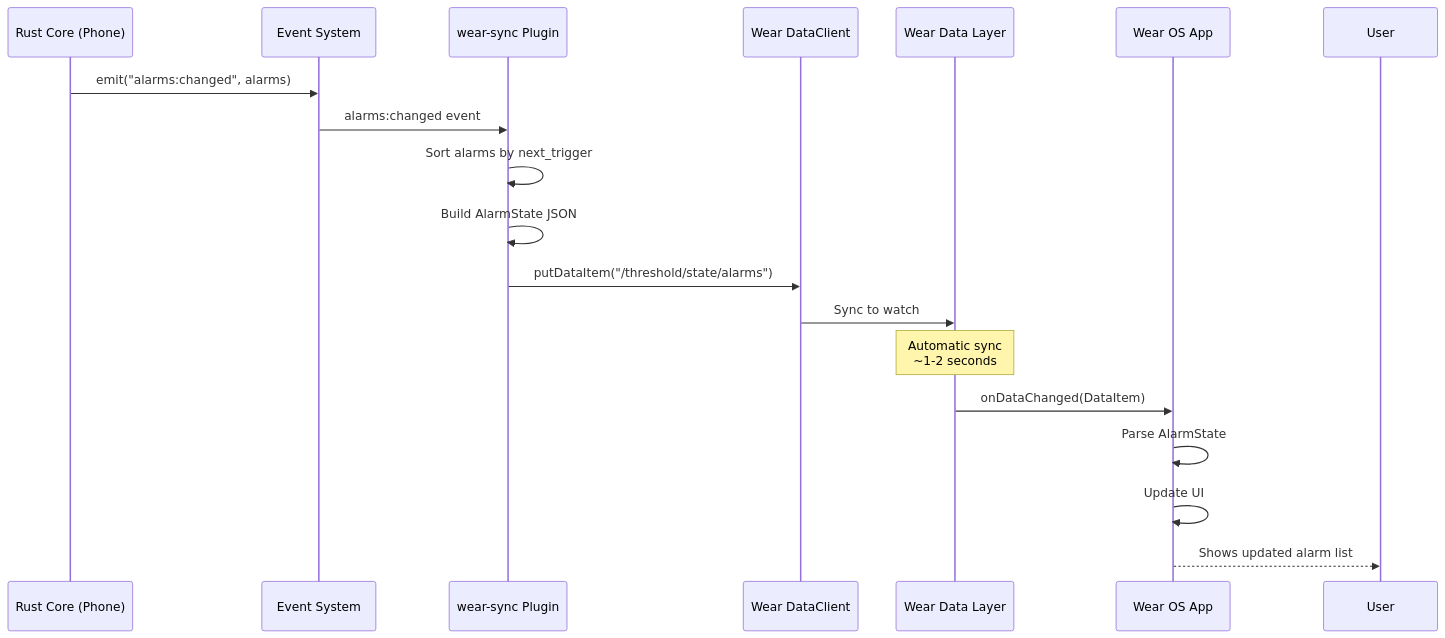
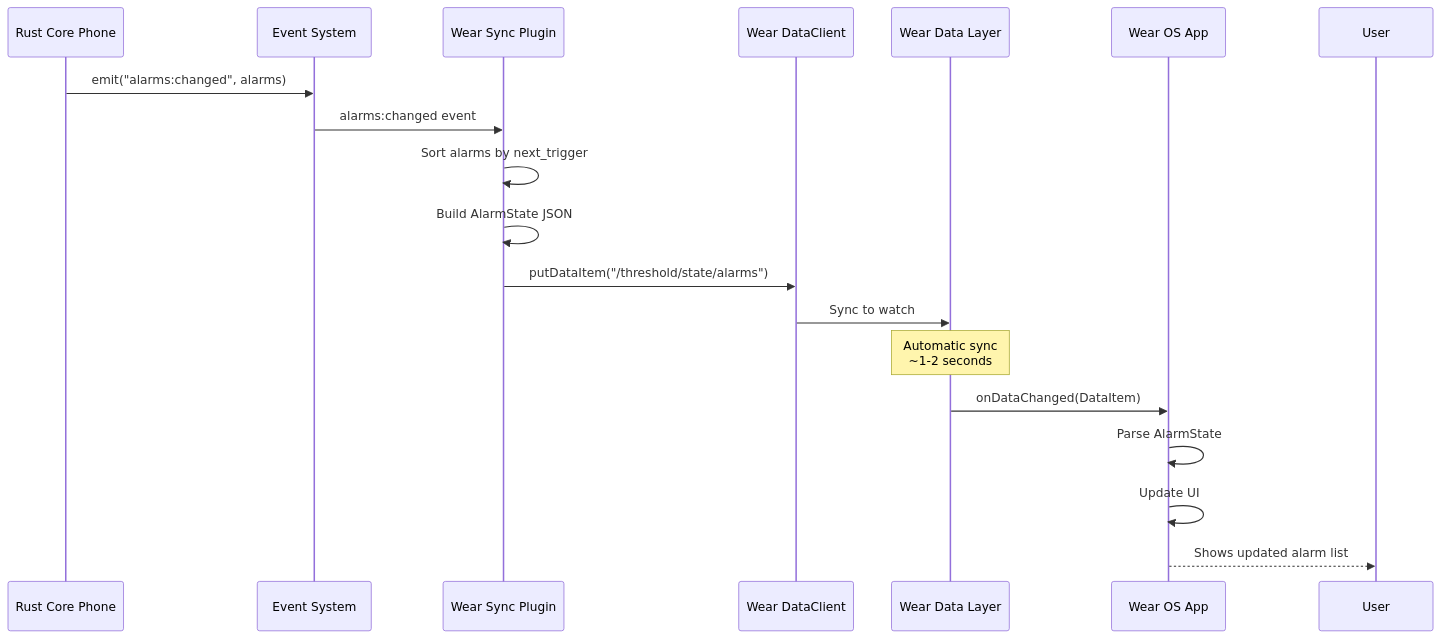
One commit to liminal-hq/threshold changed diagram 14 of 32 in docs/architecture/flow-diagrams.md. Above: the diagram before and after it, drawn with Mermaid. The commit also changed other lines of this file and 5 other files, not shown here.

First line of the commit message:
feat: add Mermaid diagram linting with CI integration

````diff
--- a/docs/architecture/flow-diagrams.md
+++ b/docs/architecture/flow-diagrams.md
@@ -505,25 +505,25 @@
 ```mermaid
 sequenceDiagram
-    participant Rust as Rust Core (Phone)
+    participant Rust as Rust Core Phone
     participant Events as Event System
-    participant WearSync as wear-sync Plugin
+    participant WearSync as Wear Sync Plugin
     participant DataClient as Wear DataClient
     participant DataLayer as Wear Data Layer
     participant Watch as Wear OS App
 
     Rust->>Events: emit("alarms:changed", alarms)
     Events->>WearSync: alarms:changed event
     
     WearSync->>WearSync: Sort alarms by next_trigger
     WearSync->>WearSync: Build AlarmState JSON
     
     WearSync->>DataClient: putDataItem("/threshold/state/alarms")
     DataClient->>DataLayer: Sync to watch
     
     Note over DataLayer: Automatic sync<br/>~1-2 seconds
     
     DataLayer->>Watch: onDataChanged(DataItem)
     Watch->>Watch: Parse AlarmState
     Watch->>Watch: Update UI
     Watch-->>User: Shows updated alarm list
 ```
````
